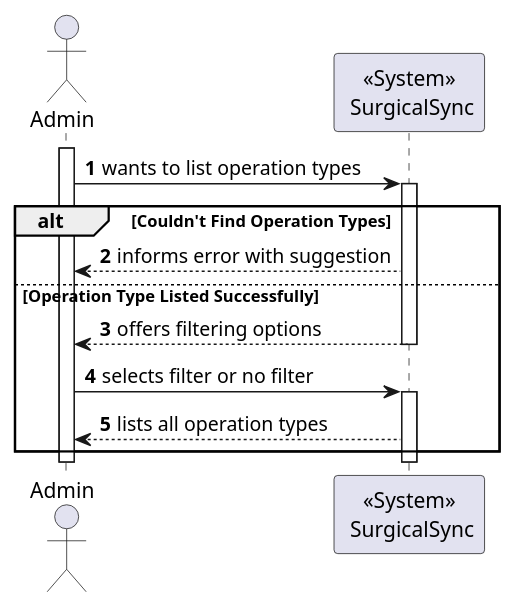
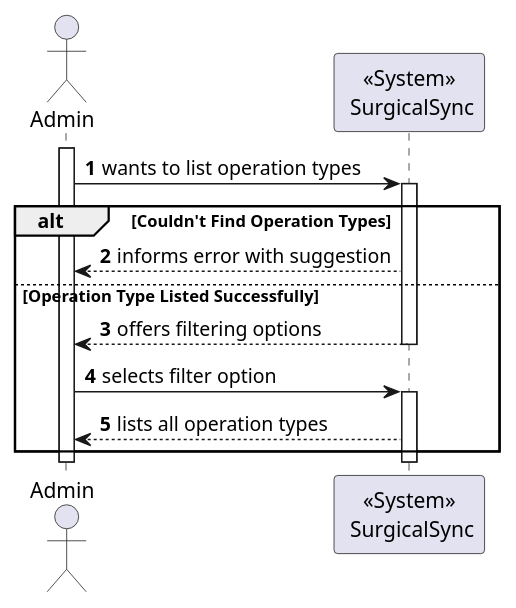
One commit to MiguelCardoso77/SurgicalSync-BackEnd changed the diagram in docs/SprintA/38-list-operation-types/level1/process-view.puml. Above: the diagram before and after it, drawn with PlantUML. The commit also changed 10 other files, not shown here.

```diff
--- a/docs/SprintA/38-list-operation-types/level1/process-view.puml
+++ b/docs/SprintA/38-list-operation-types/level1/process-view.puml
@@ -1,27 +1,27 @@
 @startuml
 autonumber
 
 actor "Admin" as USER
 participant "<<System>>\n SurgicalSync" as SYSTEM
 
 activate USER
 
     USER -> SYSTEM: wants to list operation types
     activate SYSTEM
 
         alt Couldn't Find Operation Types
             USER <-- SYSTEM : informs error with suggestion
         else Operation Type Listed Successfully
             SYSTEM --> USER : offers filtering options
     deactivate SYSTEM
     
-    USER -> SYSTEM: selects filter or no filter
+    USER -> SYSTEM: selects filter option
     activate SYSTEM
         
             USER <-- SYSTEM : lists all operation types
         end
         
     deactivate SYSTEM
     
 deactivate USER
 @enduml
```
